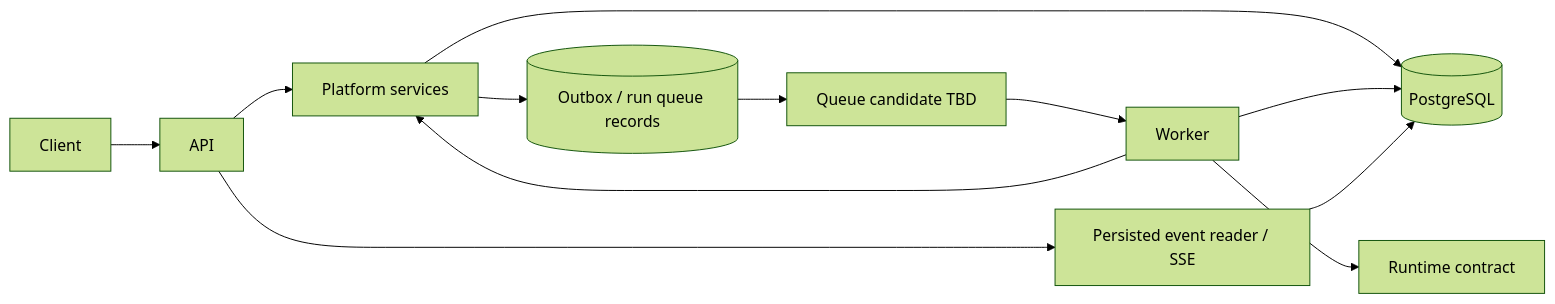
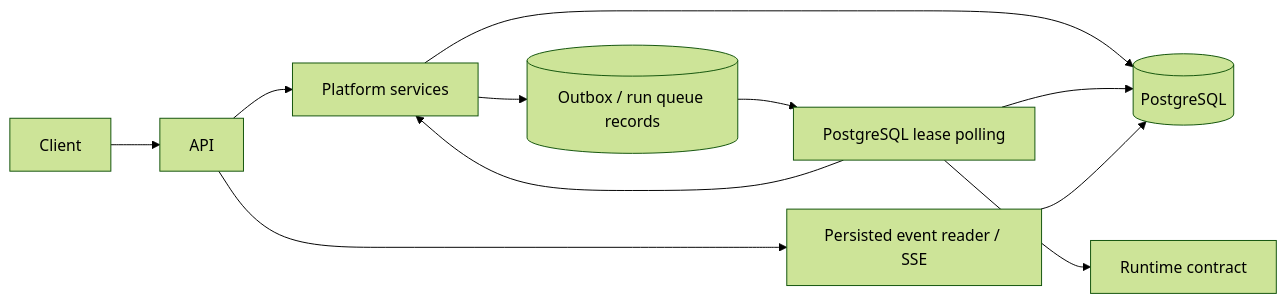
One commit to chenkuangfeng/hyoga-nexus changed the diagram in openspec/changes/p1-platform-foundation/design.md. Above: the diagram before and after it, drawn with Mermaid (forest theme). The commit also changed other lines of this file and 40 other files, not shown here.

````diff
--- a/openspec/changes/p1-platform-foundation/design.md
+++ b/openspec/changes/p1-platform-foundation/design.md
@@ -7,14 +7,13 @@
 ```mermaid
 flowchart LR
   Client --> API
   API --> Platform[Platform services]
   Platform --> DB[(PostgreSQL)]
   Platform --> Outbox[(Outbox / run queue records)]
-  Outbox --> Broker[Queue candidate TBD]
-  Broker --> Worker
+  Outbox --> Worker[PostgreSQL lease polling]
   Worker --> Platform
   Worker --> Runtime[Runtime contract]
   Worker --> DB
   API --> Events[Persisted event reader / SSE]
   Events --> DB
 ```
````
